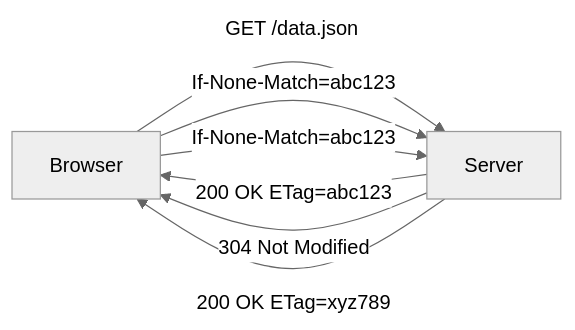
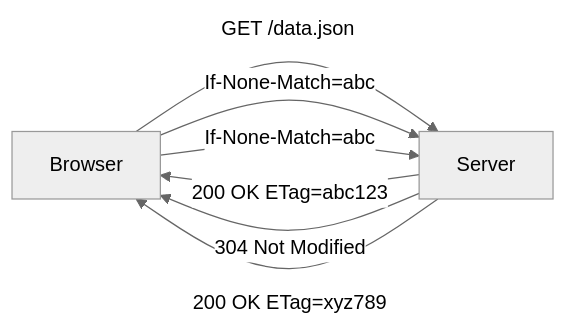
One commit to yjkim2015/yjkim2015.github.io changed the first of 2 diagrams in _posts/http/2021-02-24-http-10.md. Above: the diagram before and after it, drawn with Mermaid (neutral theme). The commit also changed other lines of this file and 245 other files, not shown here.

First line of the commit message:
Mermaid 다이어그램 전면 수정 + 면접 포인트 접기/펼치기 + DB 데드락 페이지

````diff
--- a/_posts/http/2021-02-24-http-10.md
+++ b/_posts/http/2021-02-24-http-10.md
@@ -95,9 +95,9 @@
 ```mermaid
 graph LR
     C["Browser"] -->|"GET /data.json"| S["Server"]
     S -->|"200 OK ETag=abc123"| C
-    C -->|"If-None-Match=abc123"| S
+    C -->|"If-None-Match=abc"| S
     S -->|"304 Not Modified"| C
-    C -->|"If-None-Match=abc123"| S
+    C -->|"If-None-Match=abc"| S
     S -->|"200 OK ETag=xyz789"| C
 ```
````
